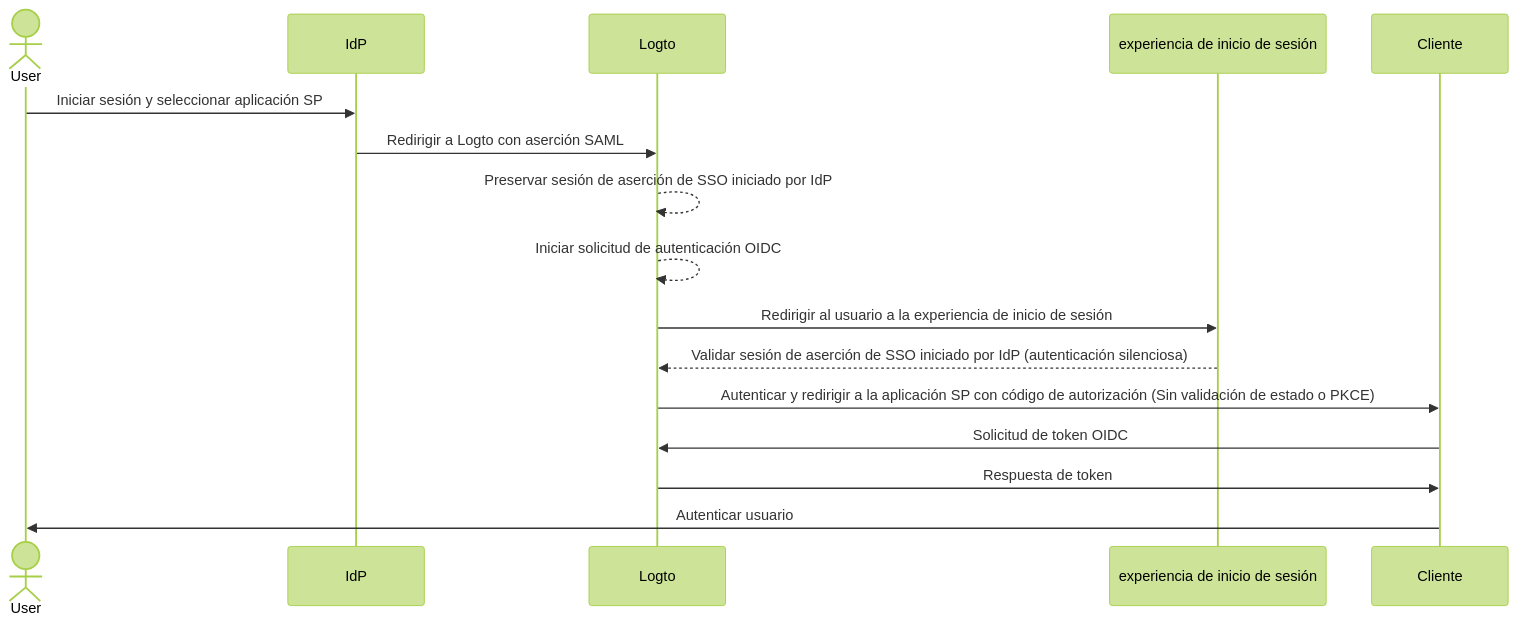
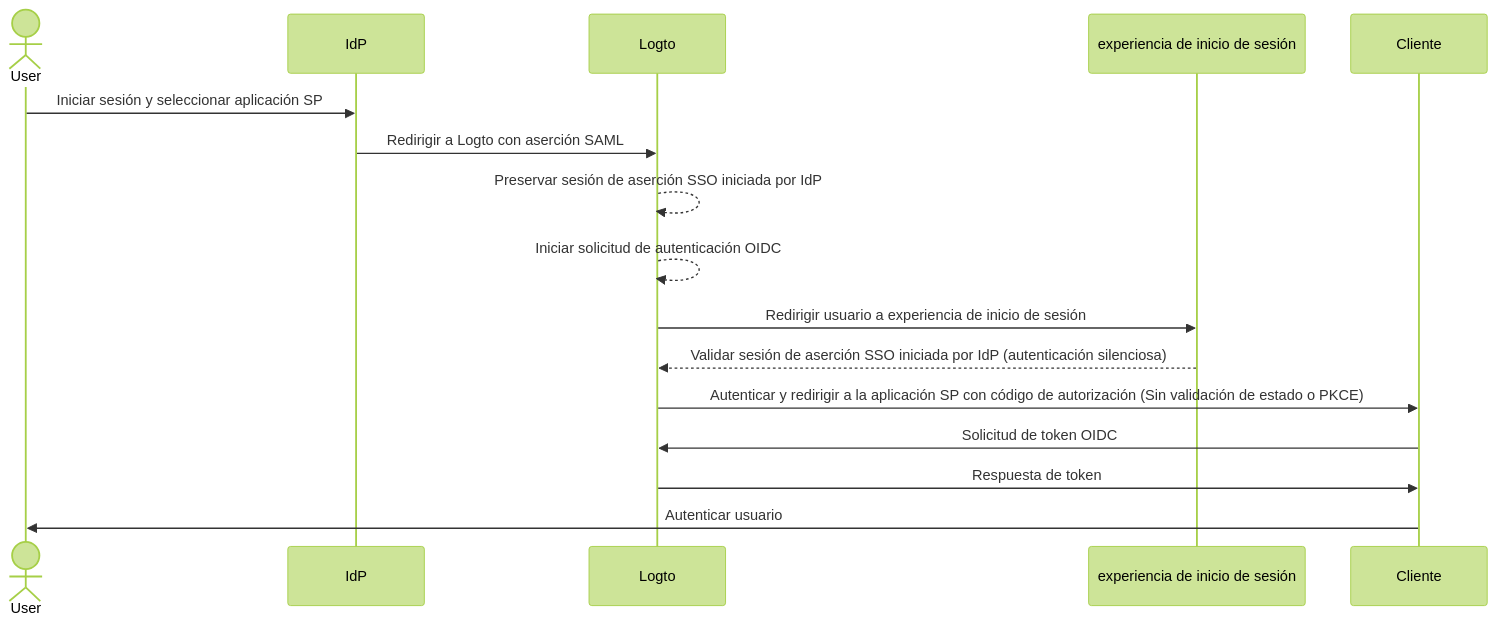
One commit to logto-io/docs changed the second of 2 diagrams in i18n/es/docusaurus-plugin-content-docs/current/end-user-flows/enterprise-sso/idp-initiated-sso.mdx. Above: the diagram before and after it, drawn with Mermaid (forest theme). The commit also changed other lines of this file and 2629 other files, not shown here.

````diff
--- a/i18n/es/docusaurus-plugin-content-docs/current/end-user-flows/enterprise-sso/idp-initiated-sso.mdx
+++ b/i18n/es/docusaurus-plugin-content-docs/current/end-user-flows/enterprise-sso/idp-initiated-sso.mdx
@@ -137,20 +140,20 @@
 ```mermaid
   sequenceDiagram
 
   actor User
   participant IdP as IdP
   participant Logto as Logto
   participant Experience as experiencia de inicio de sesión
   participant SP as Cliente
 
   User->>IdP: Iniciar sesión y seleccionar aplicación SP
   IdP->>Logto: Redirigir a Logto con aserción SAML
-  Logto-->>Logto: Preservar sesión de aserción de SSO iniciado por IdP
+  Logto-->>Logto: Preservar sesión de aserción SSO iniciada por IdP
   Logto-->>Logto: Iniciar solicitud de autenticación OIDC
-  Logto->>Experience: Redirigir al usuario a la experiencia de inicio de sesión
-  Experience-->>Logto: Validar sesión de aserción de SSO iniciado por IdP (autenticación silenciosa)
+  Logto->>Experience: Redirigir usuario a experiencia de inicio de sesión
+  Experience-->>Logto: Validar sesión de aserción SSO iniciada por IdP (autenticación silenciosa)
   Logto->>SP: Autenticar y redirigir a la aplicación SP con código de autorización (Sin validación de estado o PKCE)
   SP->>Logto: Solicitud de token OIDC
   Logto->>SP: Respuesta de token
   SP->>User: Autenticar usuario
 ```
````
